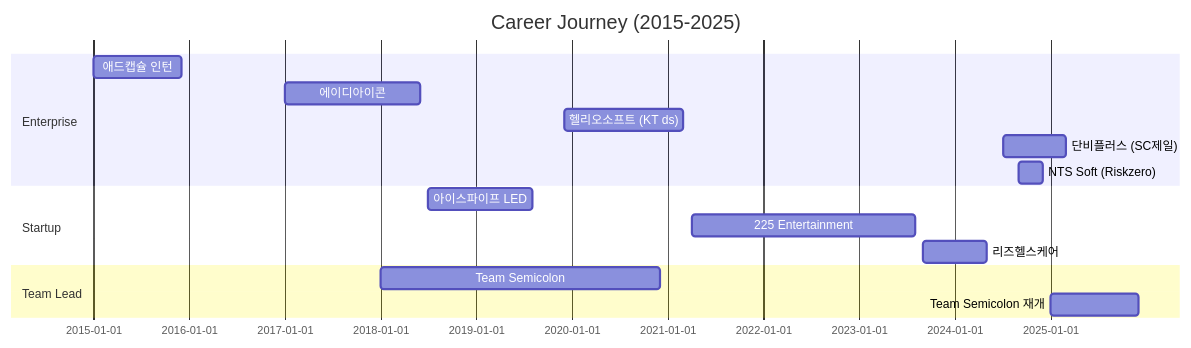
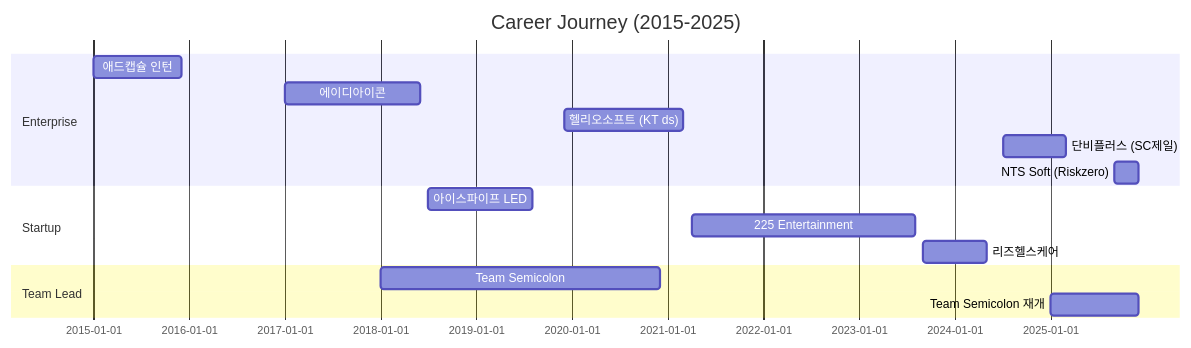
Before and after one commit to reus-jeon/reus-jeon: the diagram in README.md, drawn with Mermaid.

````diff
--- a/README.md
+++ b/README.md
@@ -179,21 +179,21 @@
 ```mermaid
 gantt
     title Career Journey (2015-2025)
     dateFormat YYYY-MM
 
     section Enterprise
     애드캡슐 인턴         :2015-01, 2015-12
     에이디아이콘         :2017-01, 2018-06
     헬리오소프트 (KT ds) :2019-12, 2021-03
     단비플러스 (SC제일)  :2024-07, 2025-03
-    NTS Soft (Riskzero) :2024-09, 2024-12
+    NTS Soft (Riskzero) :2025-09, 2025-12
 
     section Startup
     아이스파이프 LED     :2018-07, 2019-08
     225 Entertainment   :2021-04, 2023-08
     리즈헬스케어         :2023-09, 2024-05
 
     section Team Lead
     Team Semicolon      :2018-01, 2020-12
     Team Semicolon 재개 :2025-01, 2025-12
 ```
````
